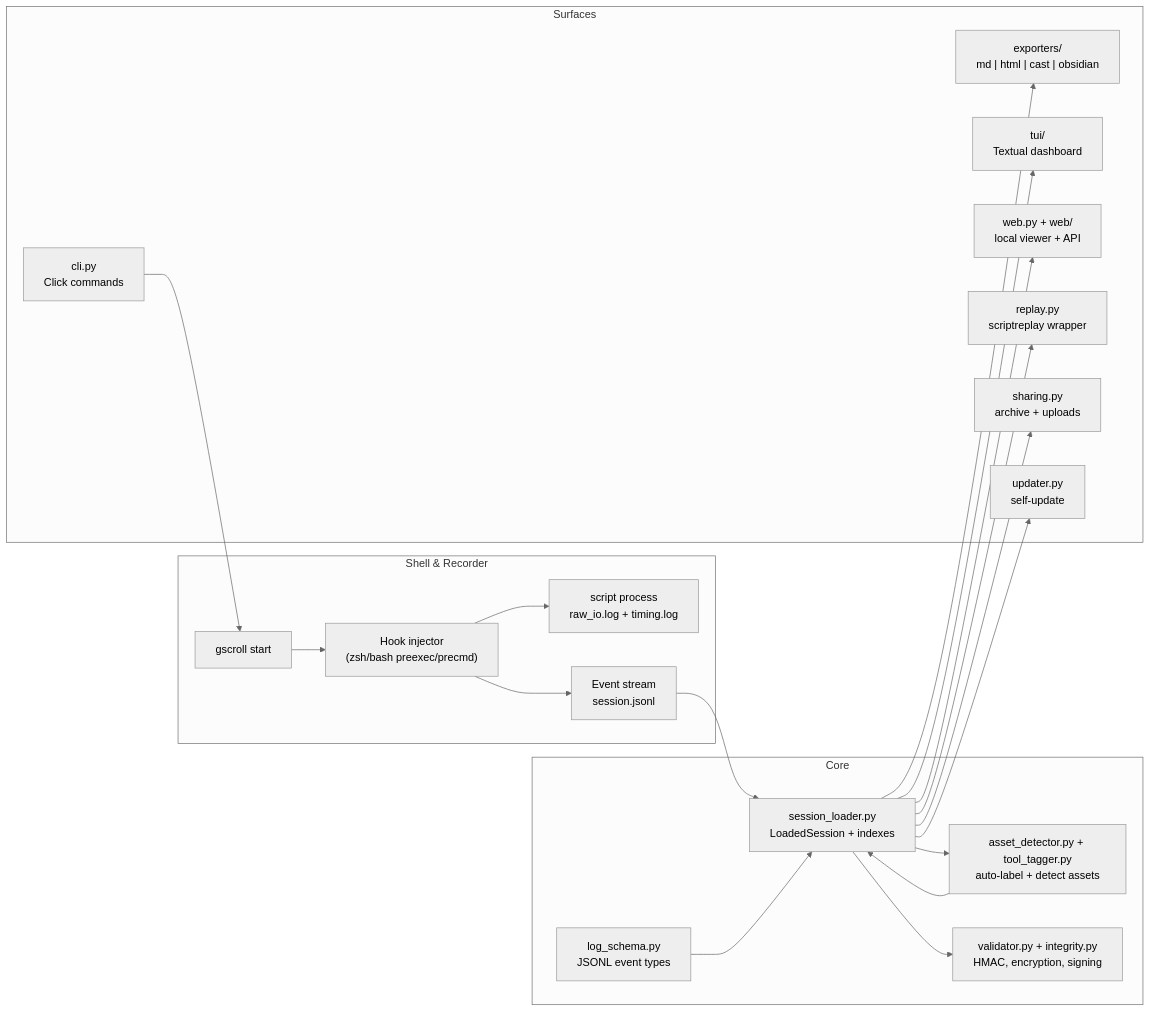
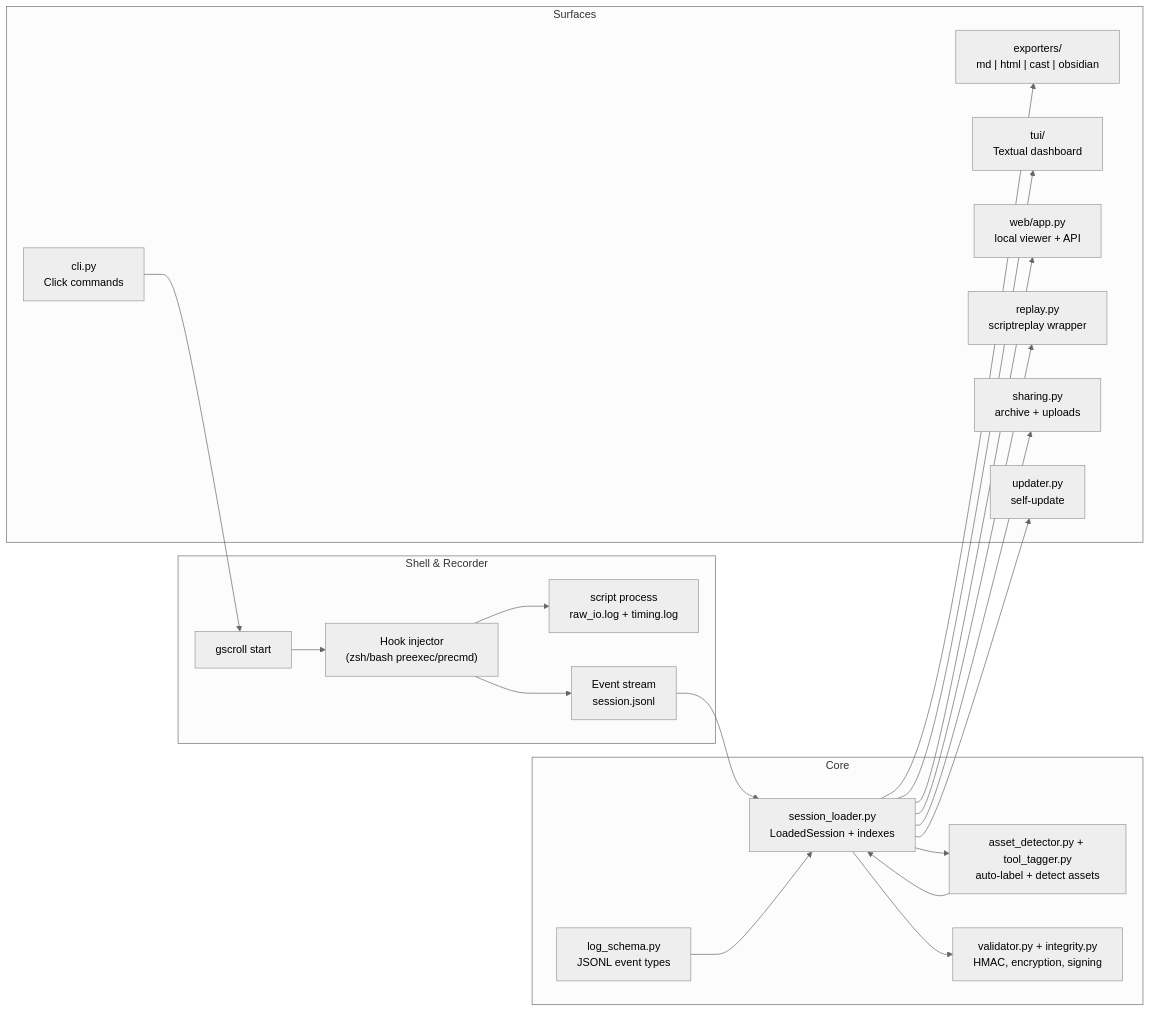
The first of 11 diagrams in docs/diagrams.md (Panacota96/Guild-Scroll), drawn with Mermaid (neutral theme) before and after one commit. The commit also changed other lines of this file and 1 other file, not shown here.

Commit message:
docs: align diagrams with web app package

````diff
--- a/docs/diagrams.md
+++ b/docs/diagrams.md
@@ -27,39 +27,39 @@
 ```mermaid
 graph LR
     subgraph "Shell & Recorder"
         start["gscroll start"] --> hooks["Hook injector\n(zsh/bash preexec/precmd)"]
         hooks --> script["script process\nraw_io.log + timing.log"]
         hooks --> events["Event stream\nsession.jsonl"]
     end
 
     subgraph "Core"
         loader["session_loader.py\nLoadedSession + indexes"]
         schema["log_schema.py\nJSONL event types"]
         enrich["asset_detector.py + tool_tagger.py\nauto-label + detect assets"]
         integrity["validator.py + integrity.py\nHMAC, encryption, signing"]
     end
 
     events --> loader
     schema --> loader
     loader --> enrich
     enrich --> loader
     loader --> integrity
 
     subgraph "Surfaces"
         cli["cli.py\nClick commands"]
         exporters["exporters/\nmd | html | cast | obsidian"]
         tui["tui/\nTextual dashboard"]
-        web["web.py + web/\nlocal viewer + API"]
+        web["web/app.py\nlocal viewer + API"]
         replay["replay.py\nscriptreplay wrapper"]
         sharing["sharing.py\narchive + uploads"]
         updater["updater.py\nself-update"]
     end
 
     loader --> exporters
     loader --> tui
     loader --> web
     loader --> replay
     loader --> sharing
     loader --> updater
     cli --> start
 ```
````
